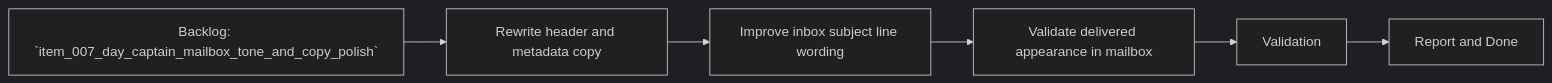
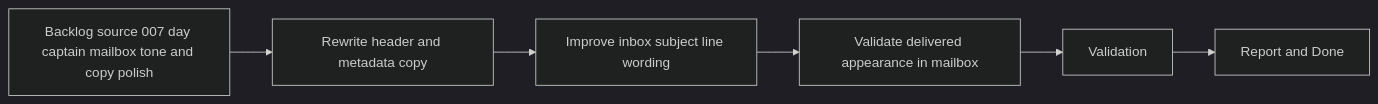
The diagram in logics/tasks/task_013_day_captain_digest_header_and_subject_polish.md (AlexAgo83/day-captain), drawn with Mermaid (dark theme) before and after one commit. The commit also changed 40 other files, not shown here.

Commit message:
Normalize Logics Mermaid diagrams

````diff
--- a/logics/tasks/task_013_day_captain_digest_header_and_subject_polish.md
+++ b/logics/tasks/task_013_day_captain_digest_header_and_subject_polish.md
@@ -18,8 +18,8 @@
 ```mermaid
 flowchart LR
-    Backlog[Backlog: `item_007_day_captain_mailbox_tone_and_copy_polish`] --> Step1[Rewrite header and metadata copy]
+    Backlog[Backlog source 007 day captain mailbox tone and copy polish] --> Step1[Rewrite header and metadata copy]
     Step1 --> Step2[Improve inbox subject line wording]
     Step2 --> Step3[Validate delivered appearance in mailbox]
     Step3 --> Validation[Validation]
     Validation --> Report[Report and Done]
 ```
````
